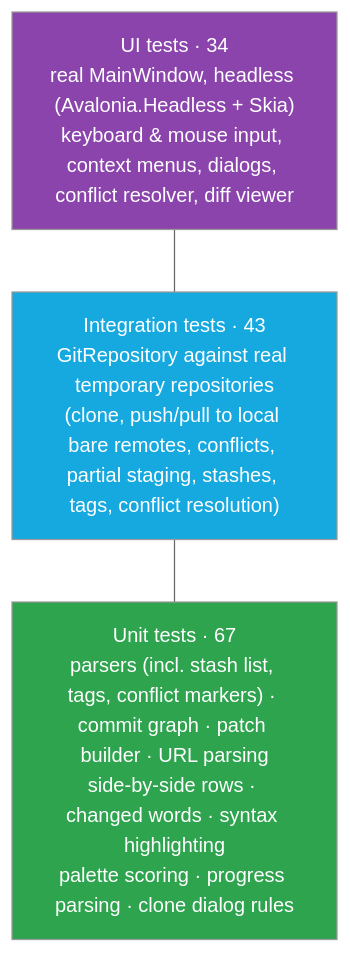
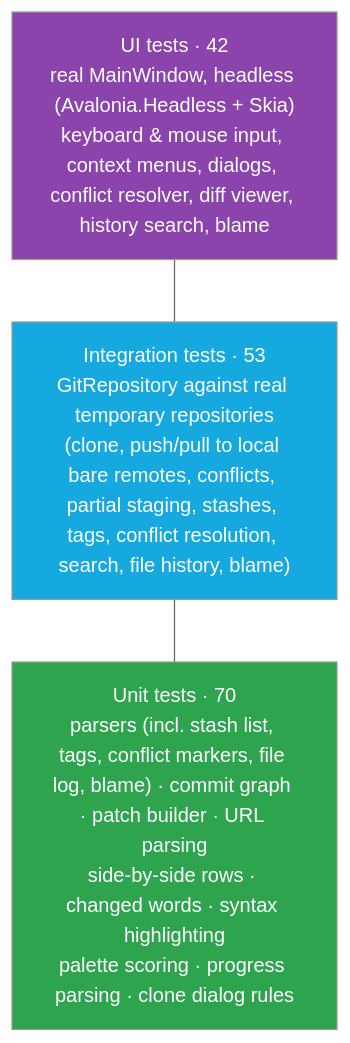
The ninth of 11 diagrams in README.md (mhrezaee/git-hr), drawn with Mermaid (neutral theme) before and after one commit. The commit also changed other lines of this file and 14 other files, not shown here.

First line of the commit message:
Add history search, file history and blame

````diff
--- a/README.md
+++ b/README.md
@@ -333,10 +373,10 @@
 ```mermaid
 flowchart TB
-    UI["UI tests · 34<br/>real MainWindow, headless (Avalonia.Headless + Skia)<br/>keyboard & mouse input, context menus, dialogs, conflict resolver, diff viewer"]
-    INT["Integration tests · 43<br/>GitRepository against real temporary repositories<br/>(clone, push/pull to local bare remotes, conflicts, partial staging, stashes, tags, conflict resolution)"]
-    UNIT["Unit tests · 67<br/>parsers (incl. stash list, tags, conflict markers) · commit graph · patch builder · URL parsing<br/>side-by-side rows · changed words · syntax highlighting<br/>palette scoring · progress parsing · clone dialog rules"]
+    UI["UI tests · 42<br/>real MainWindow, headless (Avalonia.Headless + Skia)<br/>keyboard & mouse input, context menus, dialogs, conflict resolver, diff viewer, history search, blame"]
+    INT["Integration tests · 53<br/>GitRepository against real temporary repositories<br/>(clone, push/pull to local bare remotes, conflicts, partial staging, stashes, tags, conflict resolution, search, file history, blame)"]
+    UNIT["Unit tests · 70<br/>parsers (incl. stash list, tags, conflict markers, file log, blame) · commit graph · patch builder · URL parsing<br/>side-by-side rows · changed words · syntax highlighting<br/>palette scoring · progress parsing · clone dialog rules"]
     UI --- INT --- UNIT
     style UI fill:#8B44AC,color:#fff
     style INT fill:#16A9E0,color:#fff
     style UNIT fill:#2EA44F,color:#fff
 ```
````
